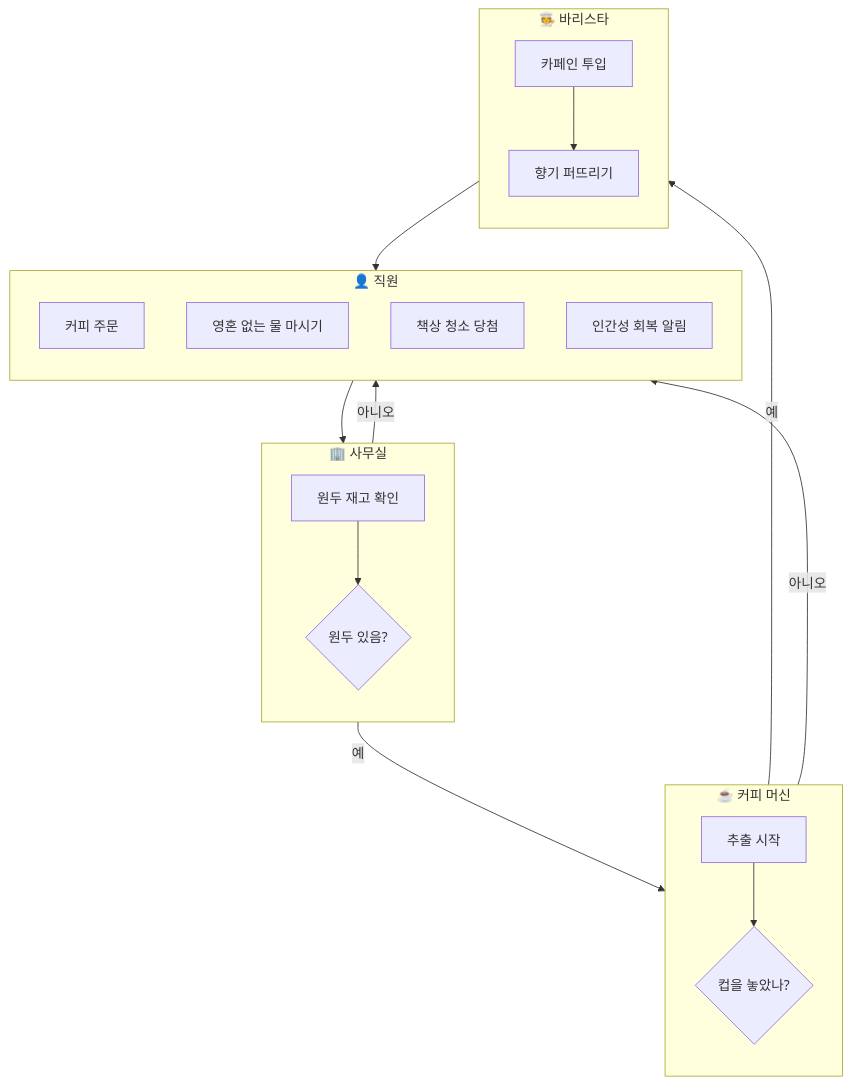
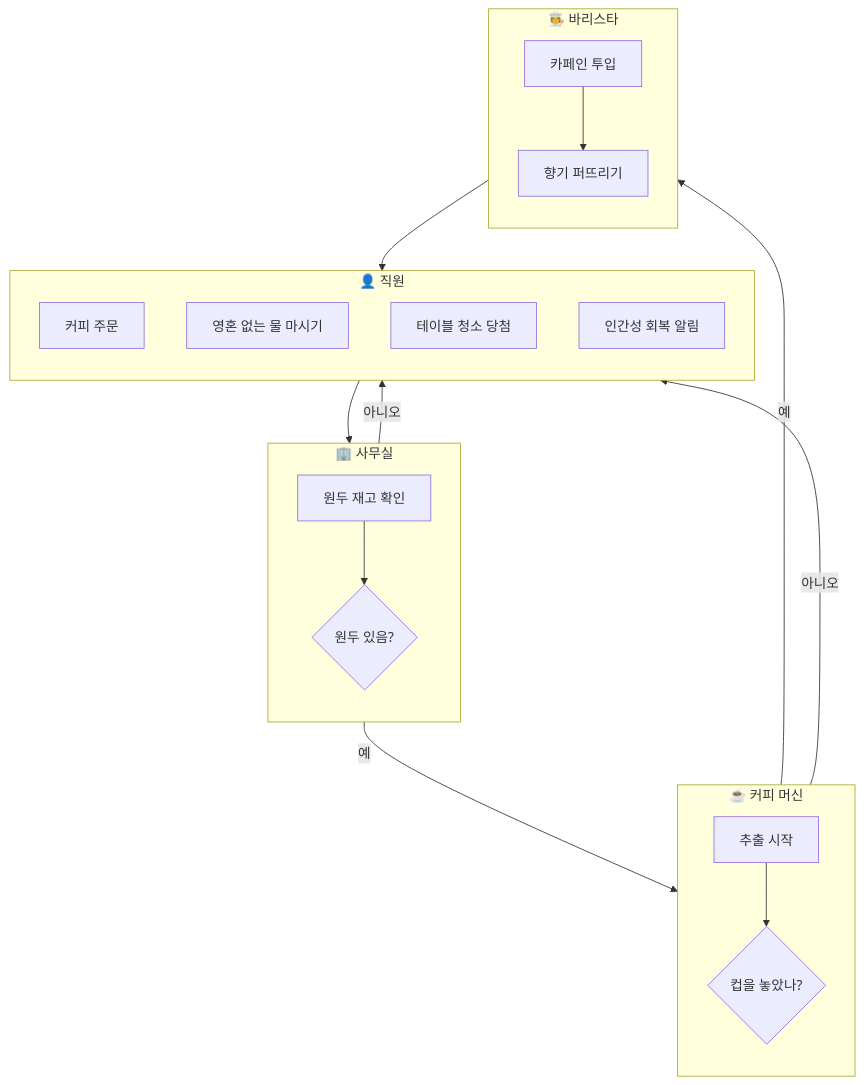
One commit to kimpro82/MyWebPractice changed the sixth of 6 diagrams in Mermaid/README.md. Above: the diagram before and after it, drawn with Mermaid. The commit also changed other lines of this file and 2 other files, not shown here.

Commit message:
Mermaid: 수정된 텍스트로 '책상 청소 당첨'을 '테이블 청소 당첨'으로 변경

````diff
--- a/Mermaid/README.md
+++ b/Mermaid/README.md
@@ -181,34 +181,34 @@
 ```mermaid
 flowchart TD
     subgraph CUST["👤 직원"]
         direction TB
         A[커피 주문]
         D[영혼 없는 물 마시기]
-        G[책상 청소 당첨]
+        G[테이블 청소 당첨]
         J[인간성 회복 알림]
     end
 
     subgraph MALL["🏢 사무실"]
         direction TB
         B[원두 재고 확인]
         C{원두 있음?}
     end
 
     subgraph PAY["☕ 커피 머신"]
         direction TB
         E[추출 시작]
         F{컵을 놓았나?}
     end
 
     subgraph LOGI["🧑‍🍳 바리스타"]
         direction TB
         H[카페인 투입]
         I[향기 퍼뜨리기]
     end
 
     A --> B --> C
     C -->|아니오| D
     C -->|예| E --> F
     F -->|아니오| G
     F -->|예| H --> I --> J
 ```
````
